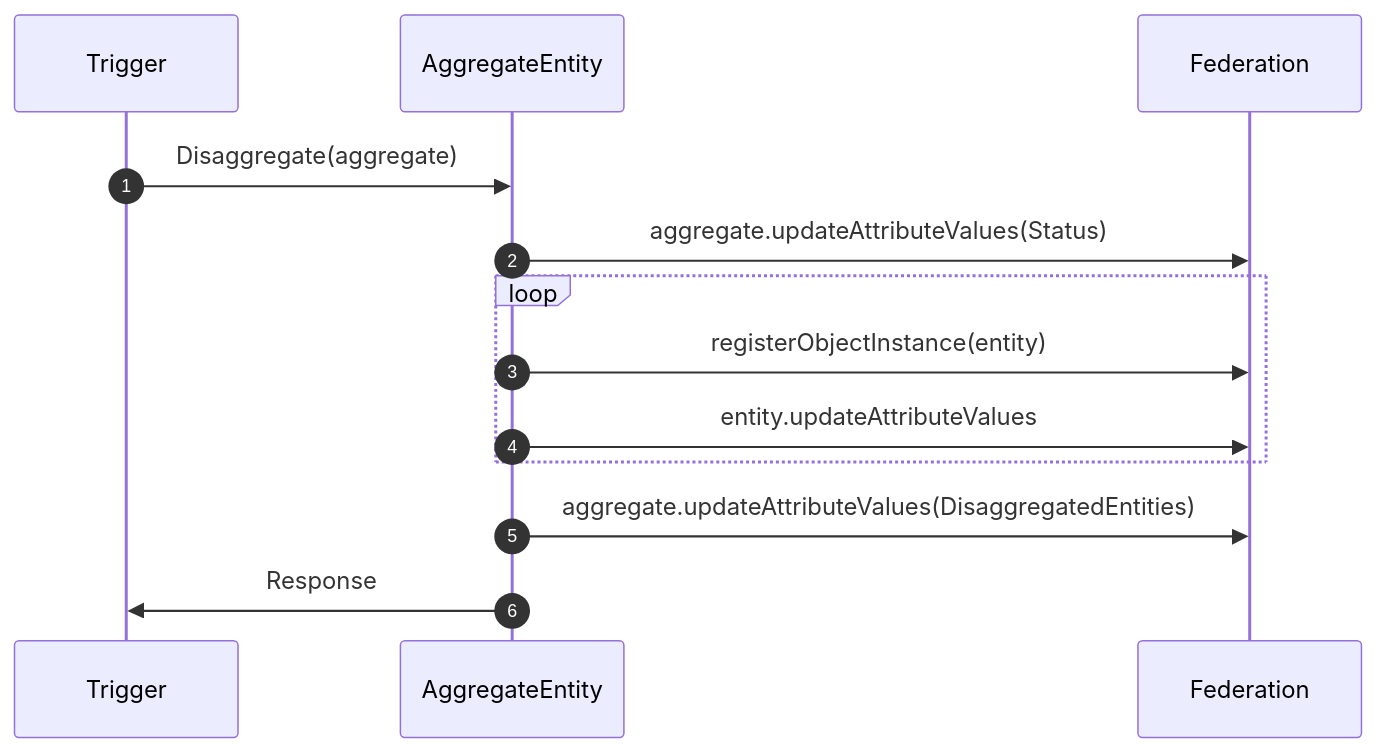
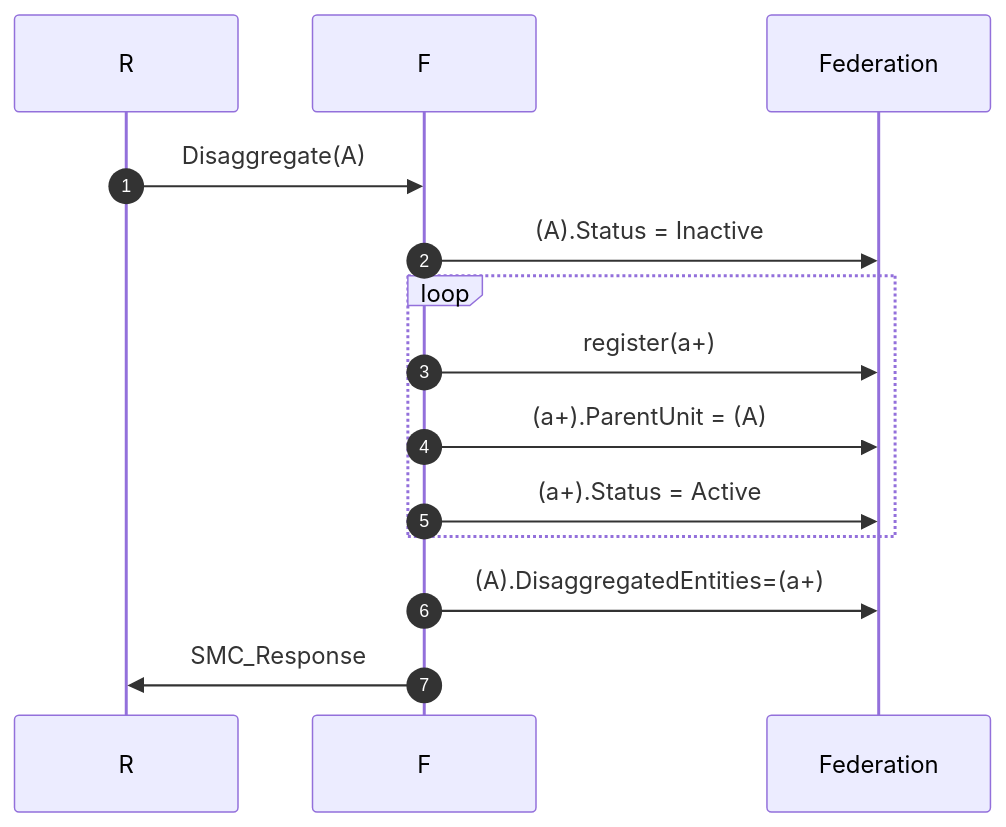
The fourth of 9 diagrams in NETN-MRM.md (AMSP-04/NETN-MRM), drawn with Mermaid before and after one commit. The commit also changed other lines of this file and 4 other files, not shown here.

````diff
--- a/NETN-MRM.md
+++ b/NETN-MRM.md
@@ -82,14 +104,15 @@
 ```mermaid 
-sequenceDiagram
+sequenceDiagram 
 autonumber
  
-Trigger->>AggregateEntity: Disaggregate(aggregate) 
-AggregateEntity->>Federation: aggregate.updateAttributeValues(Status) 
+R->>F: Disaggregate(A) 
+F->>Federation: (A).Status = Inactive
 loop 
-AggregateEntity->>Federation: registerObjectInstance(entity) 
-AggregateEntity->>Federation: entity.updateAttributeValues 
+F->>Federation: register(a+)
+F->>Federation: (a+).ParentUnit = (A)
+F->>Federation: (a+).Status = Active
 end 
-AggregateEntity->>Federation: aggregate.updateAttributeValues(DisaggregatedEntities) 
-AggregateEntity->>Trigger: Response 
+F->>Federation: (A).DisaggregatedEntities=(a+)
+F->>R: SMC_Response 
  
 ``` 
````
